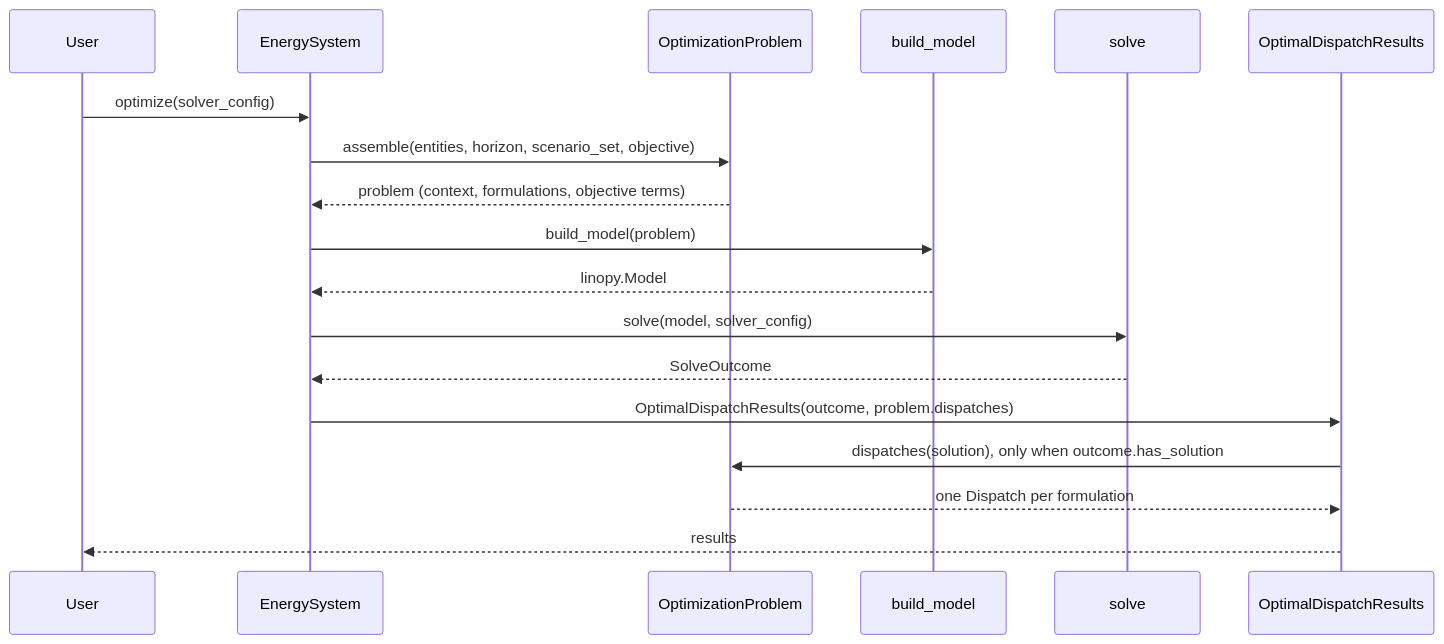
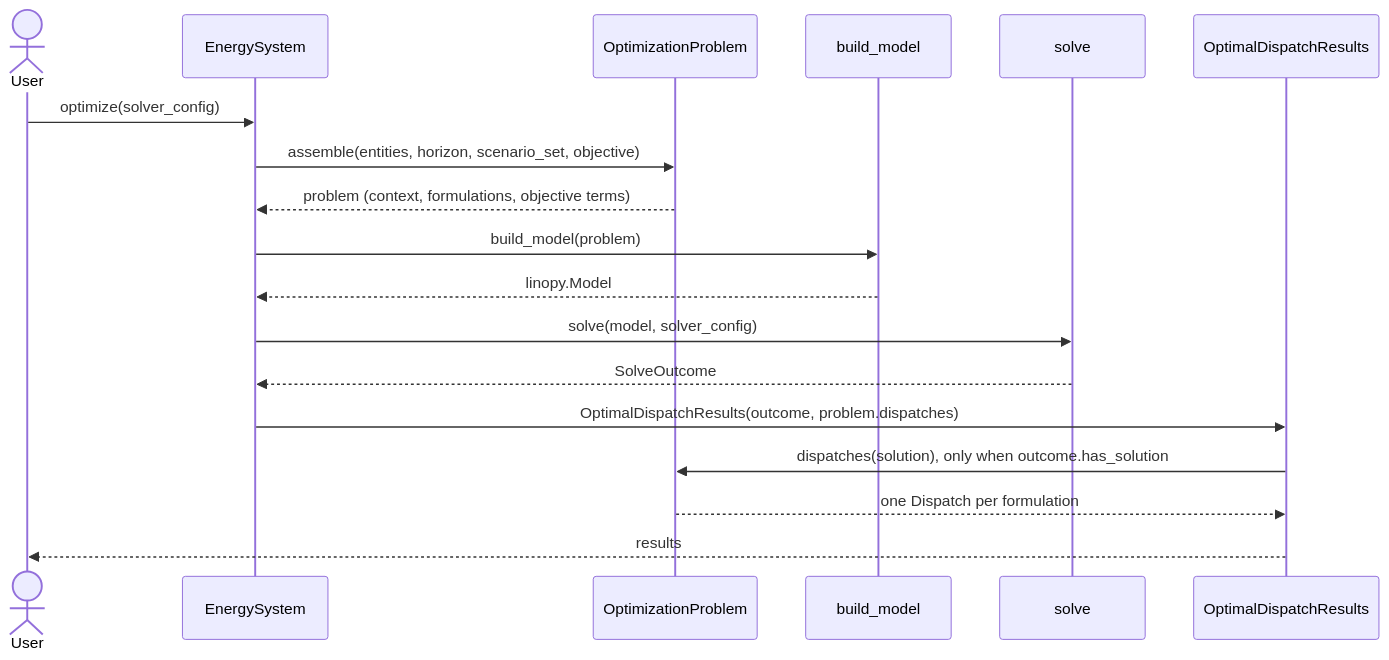
Before and after one commit to ramirocrc/odys: the third of 5 diagrams in docs/architecture/model.md, drawn with Mermaid. The commit also changed other lines of this file and 2 other files, not shown here.

First line of the commit message:
test: check sequence and user-guide diagrams against code

````diff
--- a/docs/architecture/model.md
+++ b/docs/architecture/model.md
@@ -187,20 +187,20 @@
 ```mermaid
 sequenceDiagram
-    participant User
+    actor User
     participant ES as EnergySystem
     participant OP as OptimizationProblem
     participant MB as build_model
     participant S as solve
     participant R as OptimalDispatchResults
     User->>ES: optimize(solver_config)
     ES->>OP: assemble(entities, horizon, scenario_set, objective)
     OP-->>ES: problem (context, formulations, objective terms)
     ES->>MB: build_model(problem)
     MB-->>ES: linopy.Model
     ES->>S: solve(model, solver_config)
     S-->>ES: SolveOutcome
     ES->>R: OptimalDispatchResults(outcome, problem.dispatches)
     R->>OP: dispatches(solution), only when outcome.has_solution
     OP-->>R: one Dispatch per formulation
     R-->>User: results
 ```
````
